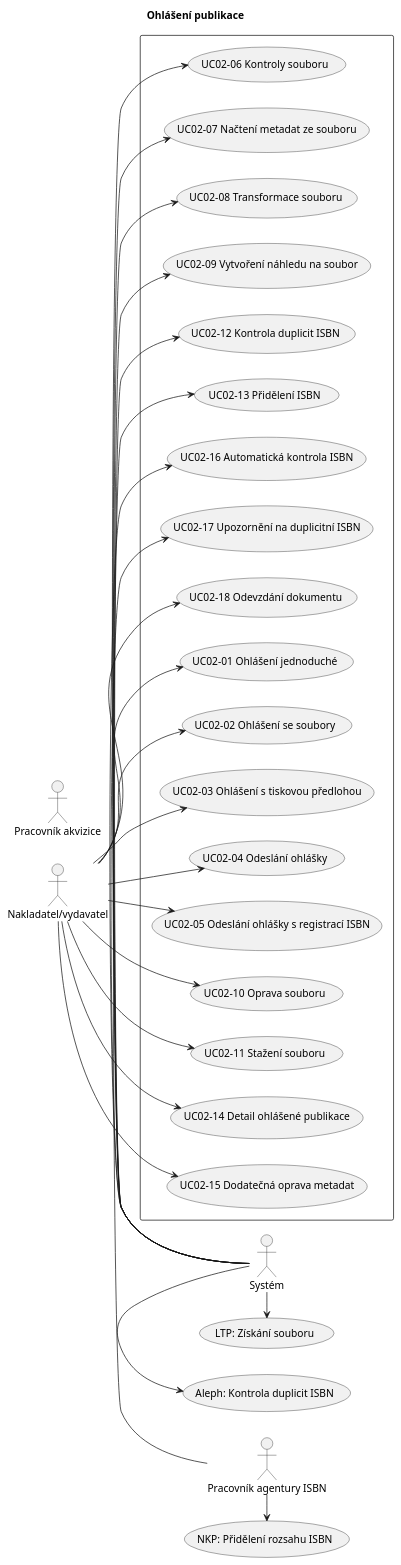
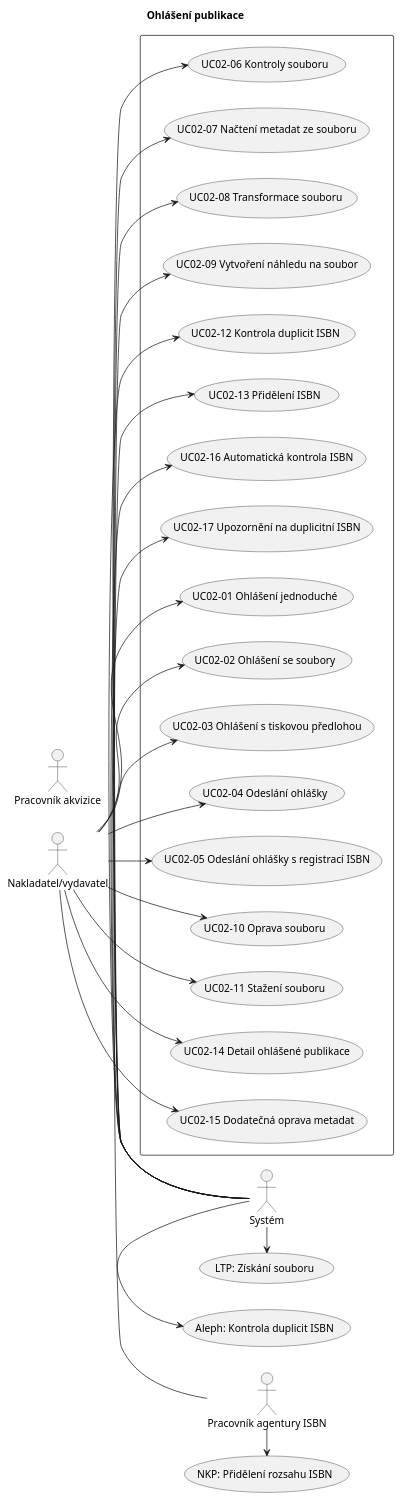
One commit to edeposit/edeposit changed the diagram in docs/uc02.plantuml. Above: the diagram before and after it, drawn with PlantUML. The commit also changed 6 other files, not shown here.

```diff
--- a/docs/uc02.plantuml
+++ b/docs/uc02.plantuml
@@ -1,36 +1,35 @@
 @startuml
 left to right direction
 title Ohlášení publikace
 skinparam packageStyle rect
 
 actor :Nakladatel/vydavatel: as nakl
 actor :Pracovník agentury ISBN: as isbn
 actor :Pracovník akvizice: as akv
 actor :Systém: as sys
 
 :isbn: -> (NKP: Přidělení rozsahu ISBN)
 :sys: -> (Aleph: Kontrola duplicit ISBN)
 :sys: -> (LTP: Získání souboru)
 
 rectangle  {
 	   :nakl: --> (UC02-01 Ohlášení jednoduché)
 	   :nakl: --> (UC02-02 Ohlášení se soubory)
 	   :nakl: --> (UC02-03 Ohlášení s tiskovou předlohou)
 	   :nakl: --> (UC02-04 Odeslání ohlášky)
 	   :nakl: --> (UC02-05 Odeslání ohlášky s registrací ISBN)
 	   :sys: -left-> (UC02-06 Kontroly souboru)
 	   :sys: -left-> (UC02-07 Načtení metadat ze souboru)
 	   :sys: -left-> (UC02-08 Transformace souboru)
 	   :sys: -left-> (UC02-09 Vytvoření náhledu na soubor)
 	   :nakl: --> (UC02-10 Oprava souboru)
 	   :nakl: --> (UC02-11 Stažení souboru)
 	   :sys: -left-> (UC02-12 Kontrola duplicit ISBN)
 	   :isbn: -left-> (UC02-13 Přidělení ISBN)
 	   :nakl: --> (UC02-14 Detail ohlášené publikace)
 	   :nakl: --> (UC02-15 Dodatečná oprava metadat)
 	   :sys: -left-> (UC02-16 Automatická kontrola ISBN)
 	   :sys: -left-> (UC02-17 Upozornění na duplicitní ISBN)
-	   :nakl: -left-> (UC02-18 Odevzdání dokumentu)
 }
 
 @enduml
```
